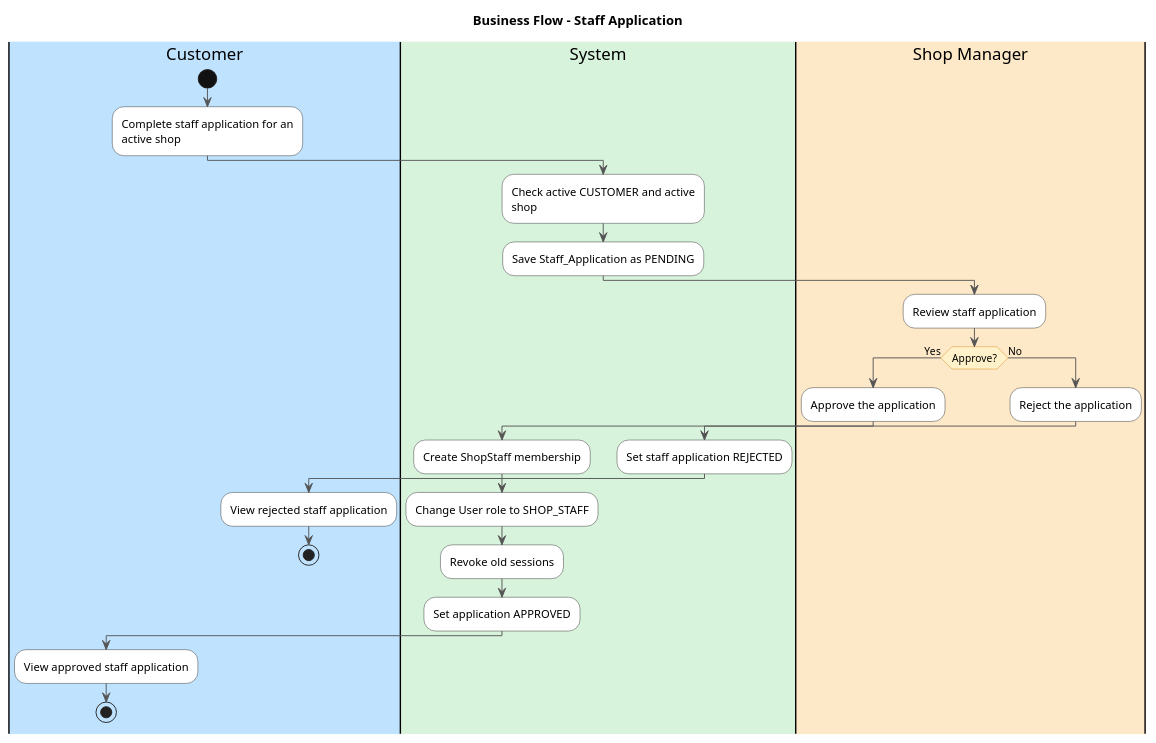
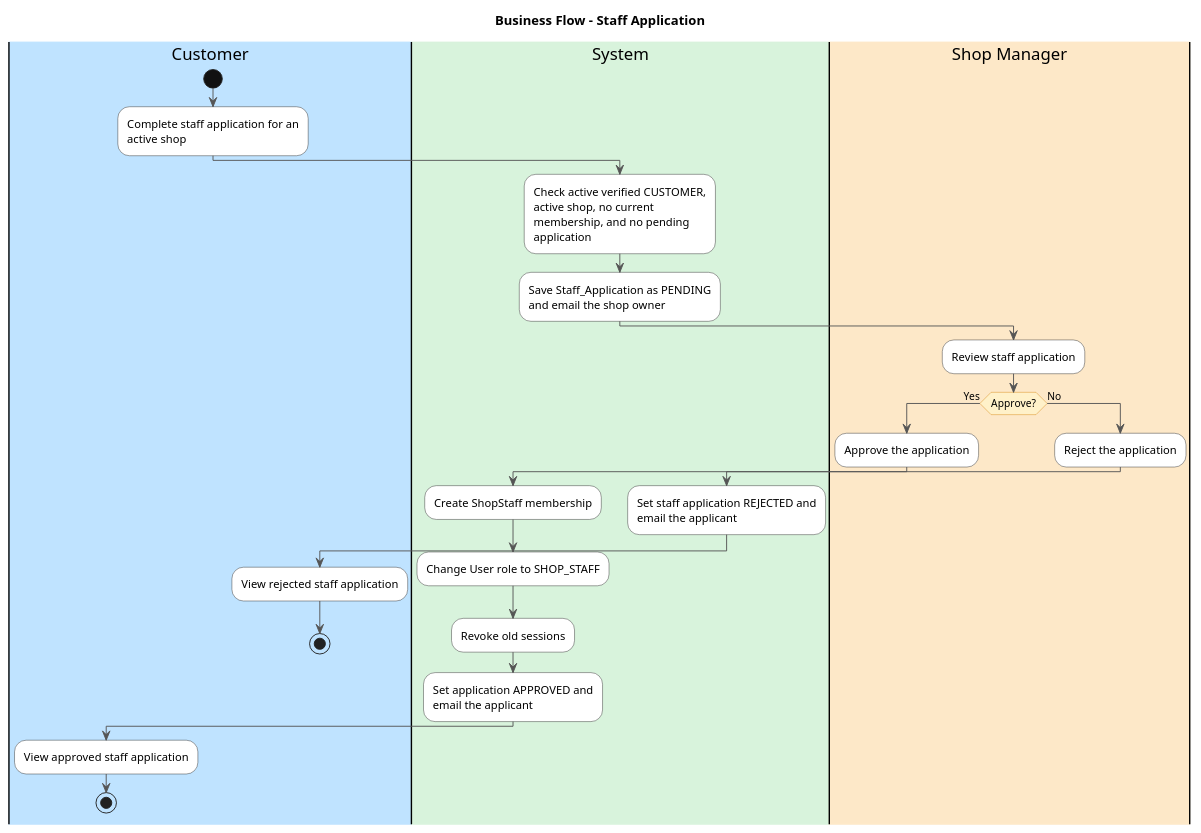
Before and after one commit to duckpao/FlowerShop_SWP391: the sixth of 8 diagrams in SWIMLANES.md, drawn with PlantUML. The commit also changed other lines of this file and 356 other files, not shown here.

````diff
--- a/SWIMLANES.md
+++ b/SWIMLANES.md
@@ -367,48 +395,48 @@
 ```plantuml
 @startuml
 title Business Flow - Staff Application
 skinparam shadowing false
 skinparam defaultFontName Arial
 skinparam wrapWidth 200
 skinparam ArrowColor #555555
 skinparam activity {
   BackgroundColor #FFFFFF
   BorderColor #333333
   DiamondBackgroundColor #FFF1C9
   DiamondBorderColor #D88916
   StartColor #111111
   EndColor #111111
 }
 
 |#BFE3FF|Customer|
 |#D8F3DC|System|
 |#FDE8C8|Shop Manager|
 |Customer|
 start
 :Complete staff application for an active shop;
 |System|
-:Check active CUSTOMER and active shop;
-:Save Staff_Application as PENDING;
+:Check active verified CUSTOMER, active shop, no current membership, and no pending application;
+:Save Staff_Application as PENDING and email the shop owner;
 |Shop Manager|
 :Review staff application;
 if (Approve?) then (Yes)
   :Approve the application;
   |System|
   :Create ShopStaff membership;
   :Change User role to SHOP_STAFF;
   :Revoke old sessions;
-  :Set application APPROVED;
+  :Set application APPROVED and email the applicant;
   |Customer|
   :View approved staff application;
   stop
 else (No)
   |Shop Manager|
   :Reject the application;
   |System|
-  :Set staff application REJECTED;
+  :Set staff application REJECTED and email the applicant;
   |Customer|
   :View rejected staff application;
   stop
 endif
 @enduml
 ```
````
